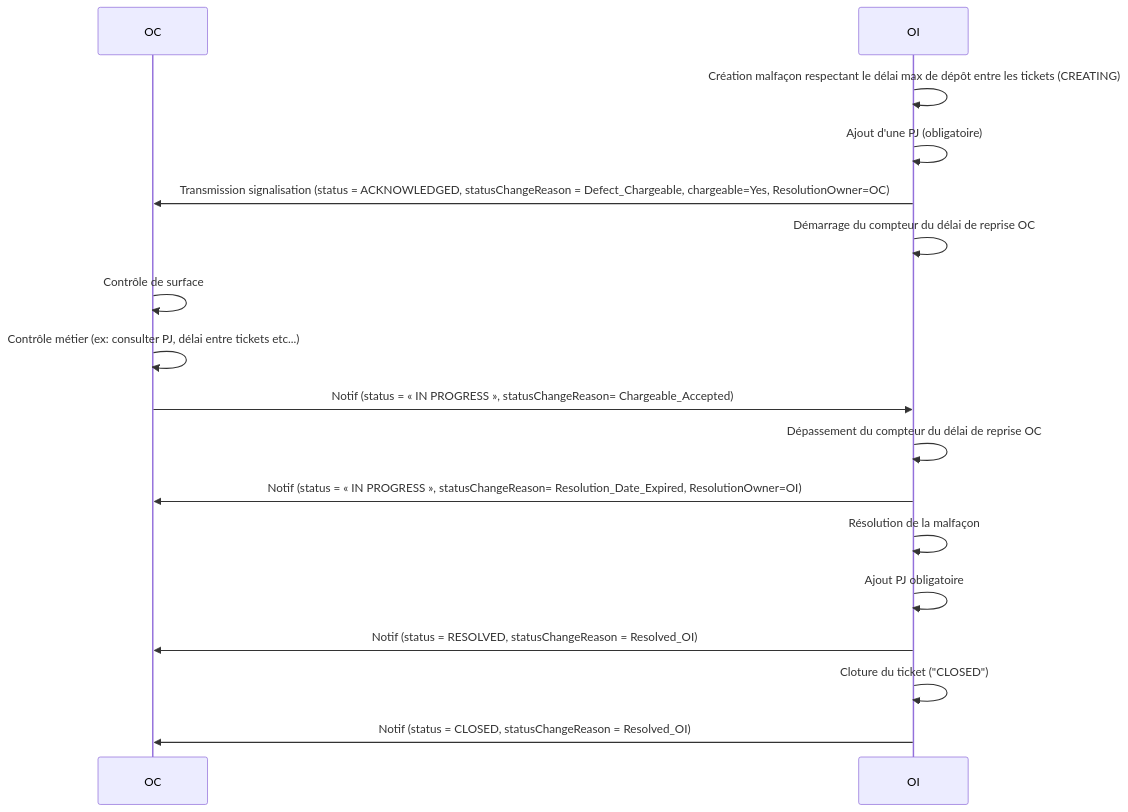
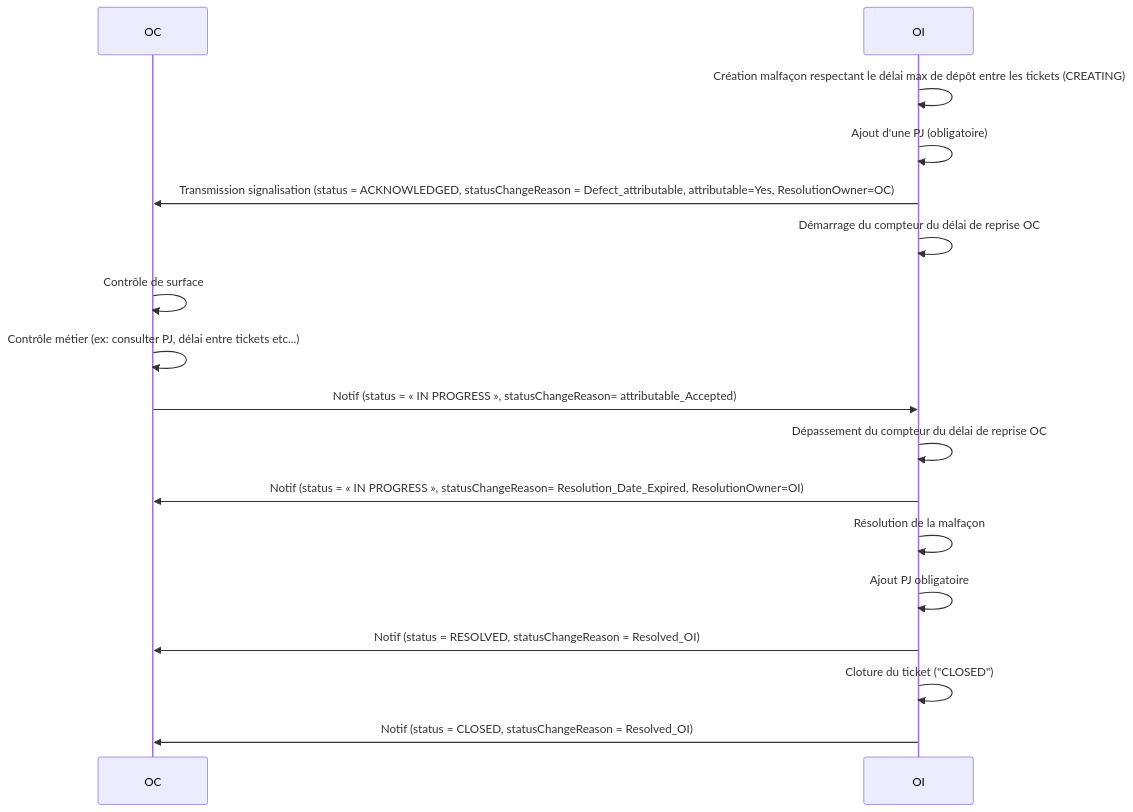
One commit to before-interop/malfacon changed the fifth of 12 diagrams in README.md. Above: the diagram before and after it, drawn with Mermaid. The commit also changed other lines of this file, not shown here.

````diff
--- a/README.md
+++ b/README.md
@@ -414,21 +444,21 @@
 ```mermaid
 sequenceDiagram
 
   participant OC
   participant OI
 
   OI->>OI: Création malfaçon respectant le délai max de dépôt entre les tickets (CREATING)
   OI->>OI: Ajout d'une PJ (obligatoire)
-  OI->>OC: Transmission signalisation (status = ACKNOWLEDGED, statusChangeReason = Defect_Chargeable, chargeable=Yes, ResolutionOwner=OC)
+  OI->>OC: Transmission signalisation (status = ACKNOWLEDGED, statusChangeReason = Defect_attributable, attributable=Yes, ResolutionOwner=OC)
   OI->>OI: Démarrage du compteur du délai de reprise OC
   OC->>OC: Contrôle de surface
   OC->>OC: Contrôle métier (ex: consulter PJ, délai entre tickets etc...)
-  OC->>OI: Notif (status = « IN PROGRESS », statusChangeReason= Chargeable_Accepted)
+  OC->>OI: Notif (status = « IN PROGRESS », statusChangeReason= attributable_Accepted)
   OI->>OI: Dépassement du compteur du délai de reprise OC
   OI->>OC: Notif (status = « IN PROGRESS », statusChangeReason= Resolution_Date_Expired, ResolutionOwner=OI)
   OI->>OI: Résolution de la malfaçon
   OI->>OI: Ajout PJ obligatoire
   OI->>OC: Notif (status = RESOLVED, statusChangeReason = Resolved_OI)
   OI->>OI: Cloture du ticket ("CLOSED")
   OI->>OC: Notif (status = CLOSED, statusChangeReason = Resolved_OI)
 ```
````
